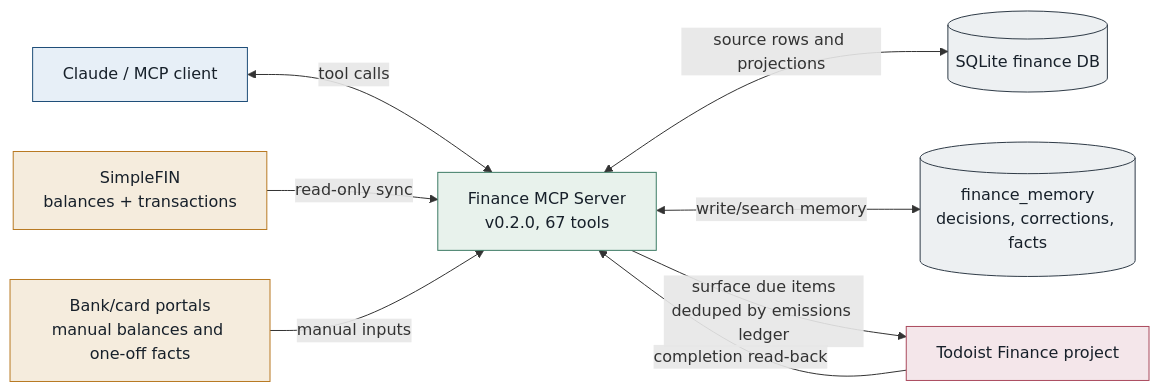
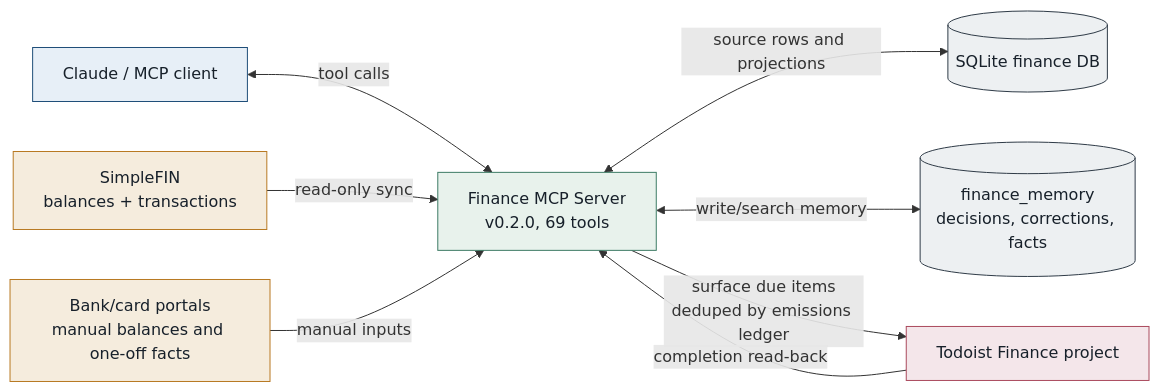
The first of 10 diagrams in docs/diagrams.md (albeorla/personal-finance-agent), drawn with Mermaid before and after one commit. The commit also changed other lines of this file and 6 other files, not shown here.

````diff
--- a/docs/diagrams.md
+++ b/docs/diagrams.md
@@ -7,24 +7,24 @@
 ```mermaid
 flowchart LR
-    Claude["Claude / MCP client"] <-->|"tool calls"| Server["Finance MCP Server<br/>v0.2.0, 67 tools"]
+    Claude["Claude / MCP client"] <-->|"tool calls"| Server["Finance MCP Server<br/>v0.2.0, 69 tools"]
 
     SimpleFIN["SimpleFIN<br/>balances + transactions"] -->|"read-only sync"| Server
     Portals["Bank/card portals<br/>manual balances and one-off facts"] -->|"manual inputs"| Server
 
     Server <-->|"source rows and projections"| SQLite[("SQLite finance DB")]
     Server <-->|"write/search memory"| Memory[("finance_memory<br/>decisions, corrections, facts")]
 
     Server -->|"surface due items<br/>deduped by emissions ledger"| Todoist["Todoist Finance project"]
     Todoist -->|"completion read-back"| Server
 
     classDef client fill:#e7eff7,stroke:#1f4e79,color:#17202a
     classDef server fill:#e8f2ec,stroke:#3d7b65,color:#17202a
     classDef source fill:#f5ecdd,stroke:#b87922,color:#17202a
     classDef output fill:#f4e6ea,stroke:#aa4a5d,color:#17202a
     classDef store fill:#edf0f2,stroke:#2f3b47,color:#17202a
     class Claude client
     class Server server
     class SimpleFIN,Portals source
     class Todoist output
     class SQLite,Memory store
 ```
````
